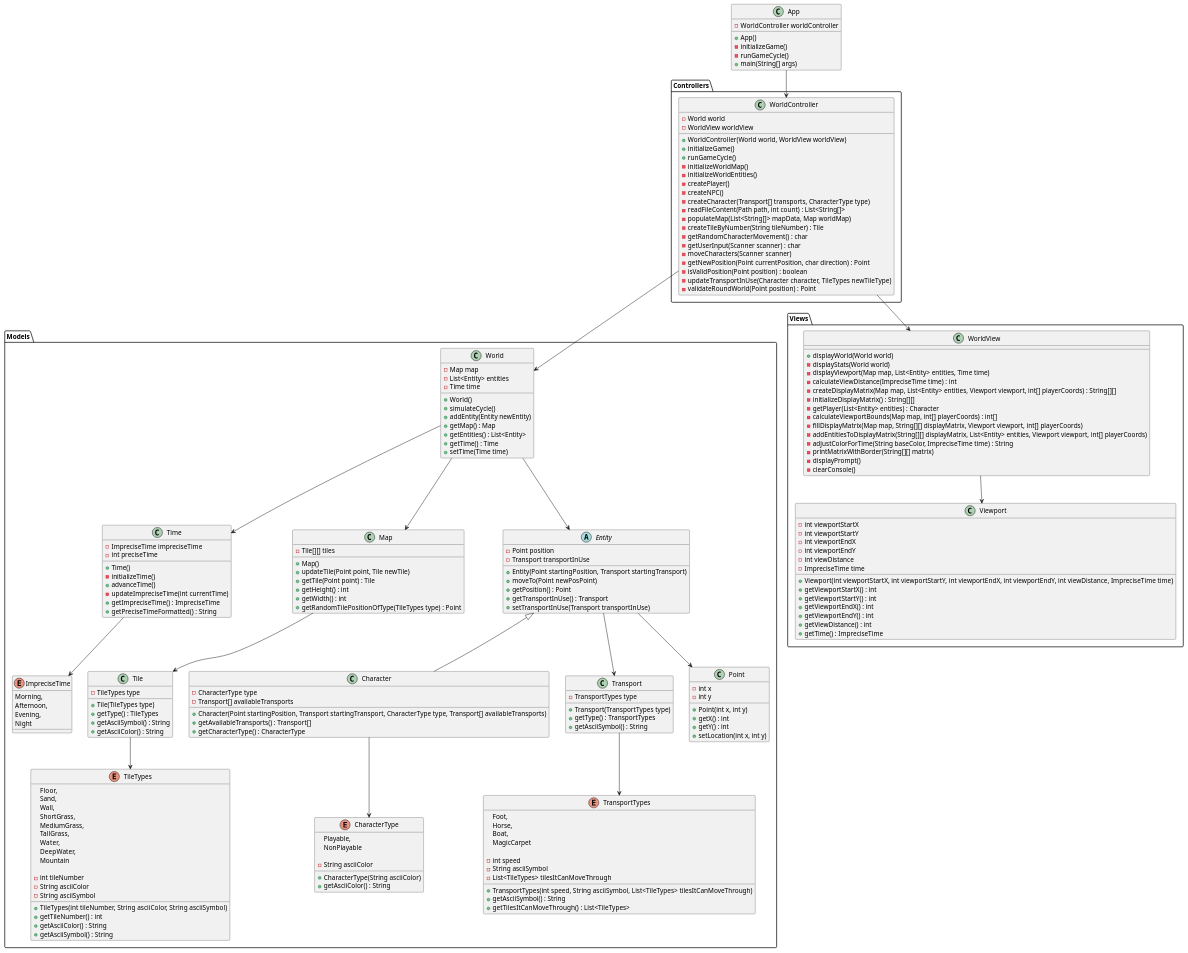
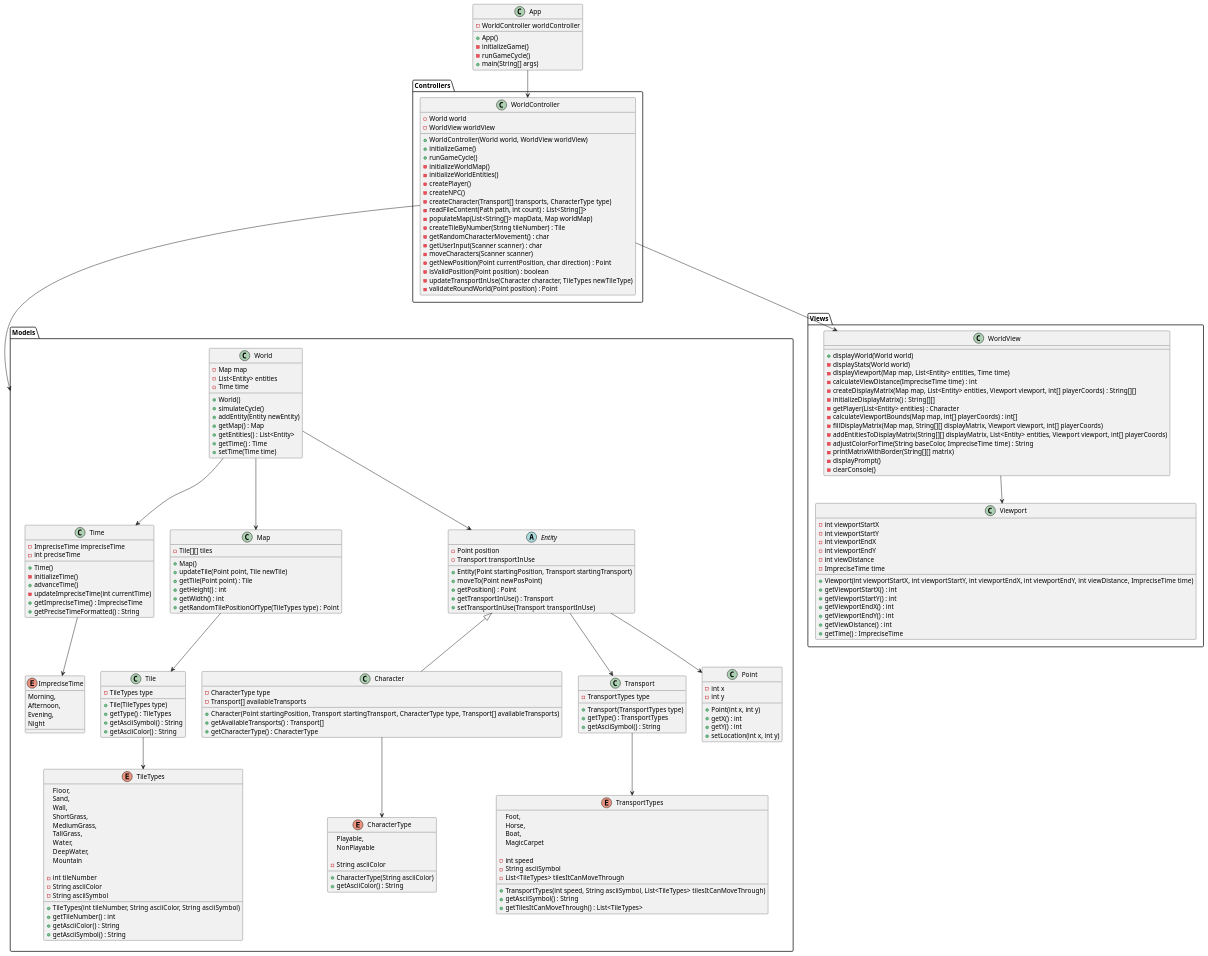
The diagram in docs/modelosUML/diagramaDeAplicacion.puml (mmasias/23-24-IdSw2-SDD), drawn with PlantUML before and after one commit.

Commit message:
Update diagramaDeAplicacion.puml
Actualizacion de las relaciones

```diff
--- a/docs/modelosUML/diagramaDeAplicacion.puml
+++ b/docs/modelosUML/diagramaDeAplicacion.puml
@@ -209,6 +209,7 @@
     }
 }
 
+WorldController --> Models
 World --> Map
 World --> Entity
 World --> Time
@@ -219,7 +220,6 @@
 Transport --> TransportTypes
 Time --> ImpreciseTime
 Character --> CharacterType
-WorldController --> World
 WorldController --> WorldView
 App --> WorldController
 WorldView --> Viewport
```
